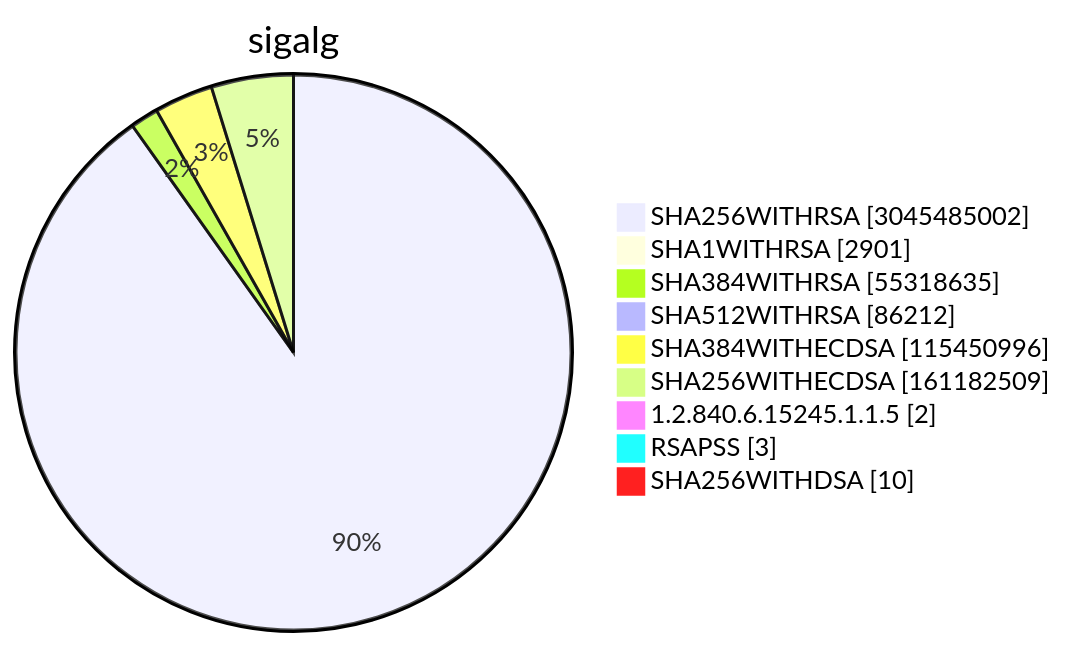
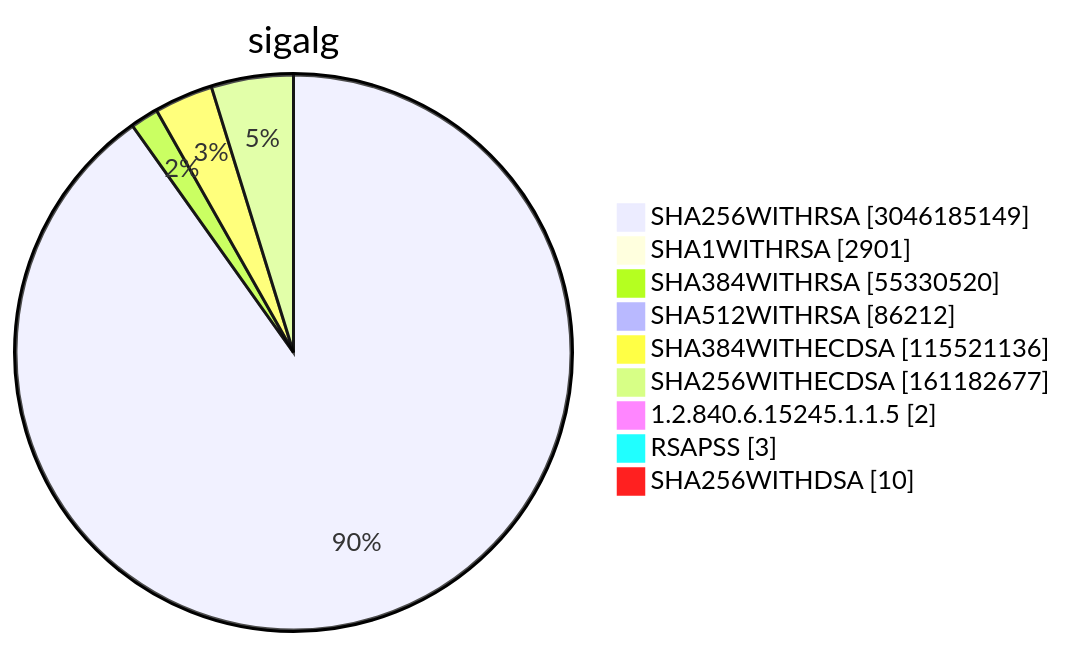
One commit to christiankrug/ctmonitor_visualization changed diagram 15 of 15 in TOTAL/README.md. Above: the diagram before and after it, drawn with Mermaid. The commit also changed other lines of this file, not shown here.

````diff
--- a/TOTAL/README.md
+++ b/TOTAL/README.md
@@ -6208,13 +6208,13 @@
 ```mermaid
 pie showData
 title sigalg
-"SHA256WITHRSA" :3045485002
+"SHA256WITHRSA" :3046185149
 "SHA1WITHRSA" :2901
-"SHA384WITHRSA" :55318635
+"SHA384WITHRSA" :55330520
 "SHA512WITHRSA" :86212
-"SHA384WITHECDSA" :115450996
-"SHA256WITHECDSA" :161182509
+"SHA384WITHECDSA" :115521136
+"SHA256WITHECDSA" :161182677
 "1.2.840.6.15245.1.1.5" :2
 "RSAPSS" :3
 "SHA256WITHDSA" :10
 ```
````
